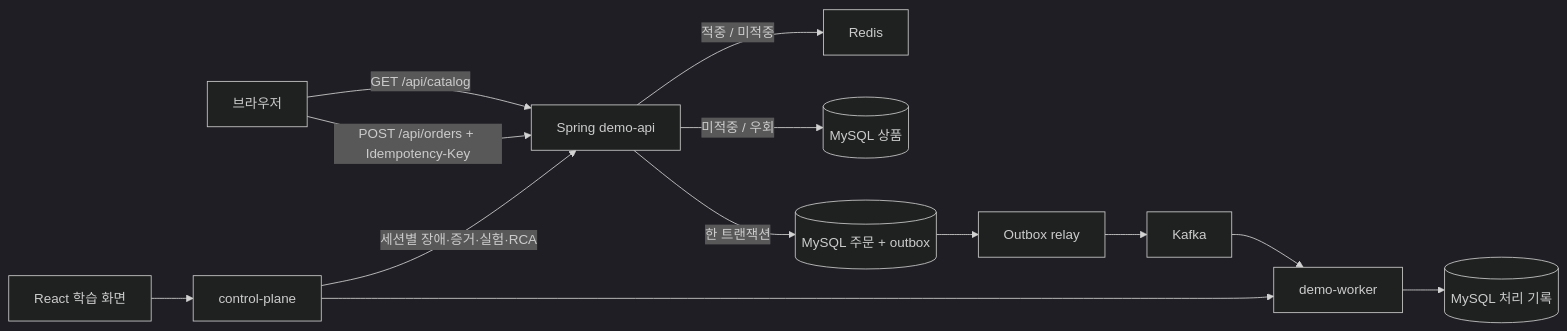
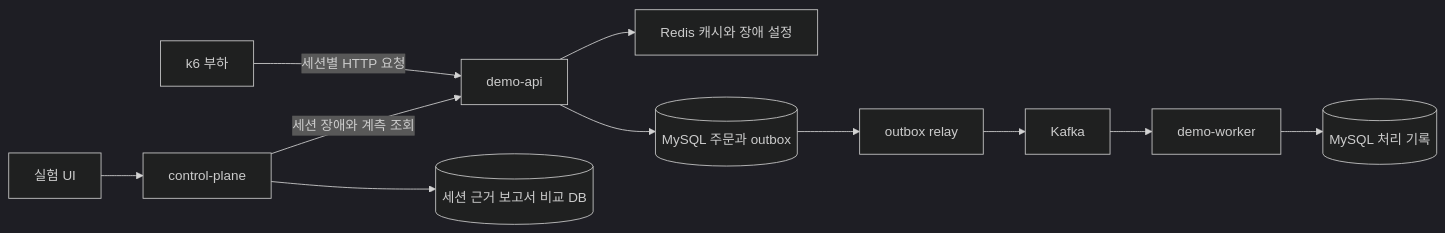
One commit to NIGHTPURI/incident-lens changed the diagram in README.ko.md. Above: the diagram before and after it, drawn with Mermaid (dark theme). The commit also changed other lines of this file and 16 other files, not shown here.

````diff
--- a/README.ko.md
+++ b/README.ko.md
@@ -30,15 +128,13 @@
 ```mermaid
 flowchart LR
-  Browser[브라우저] -->|GET /api/catalog| API[Spring demo-api]
-  API -->|적중 / 미적중| Redis
-  API -->|미적중 / 우회| Catalog[(MySQL 상품)]
-  Browser -->|POST /api/orders + Idempotency-Key| API
-  API -->|한 트랜잭션| Orders[(MySQL 주문 + outbox)]
-  Orders --> Relay[Outbox relay]
+  UI[실험 UI] --> Control[control-plane]
+  Control -->|세션 장애와 계측 조회| API[demo-api]
+  K6[k6 부하] -->|세션별 HTTP 요청| API
+  API --> Redis[Redis 캐시와 장애 설정]
+  API --> DB[(MySQL 주문과 outbox)]
+  DB --> Relay[outbox relay]
   Relay --> Kafka
   Kafka --> Worker[demo-worker]
   Worker --> WorkerDB[(MySQL 처리 기록)]
-  Web[React 학습 화면] --> Control[control-plane]
-  Control -->|세션별 장애·증거·실험·RCA| API
-  Control --> Worker
+  Control --> Reports[(세션 근거 보고서 비교 DB)]
 ```
````
